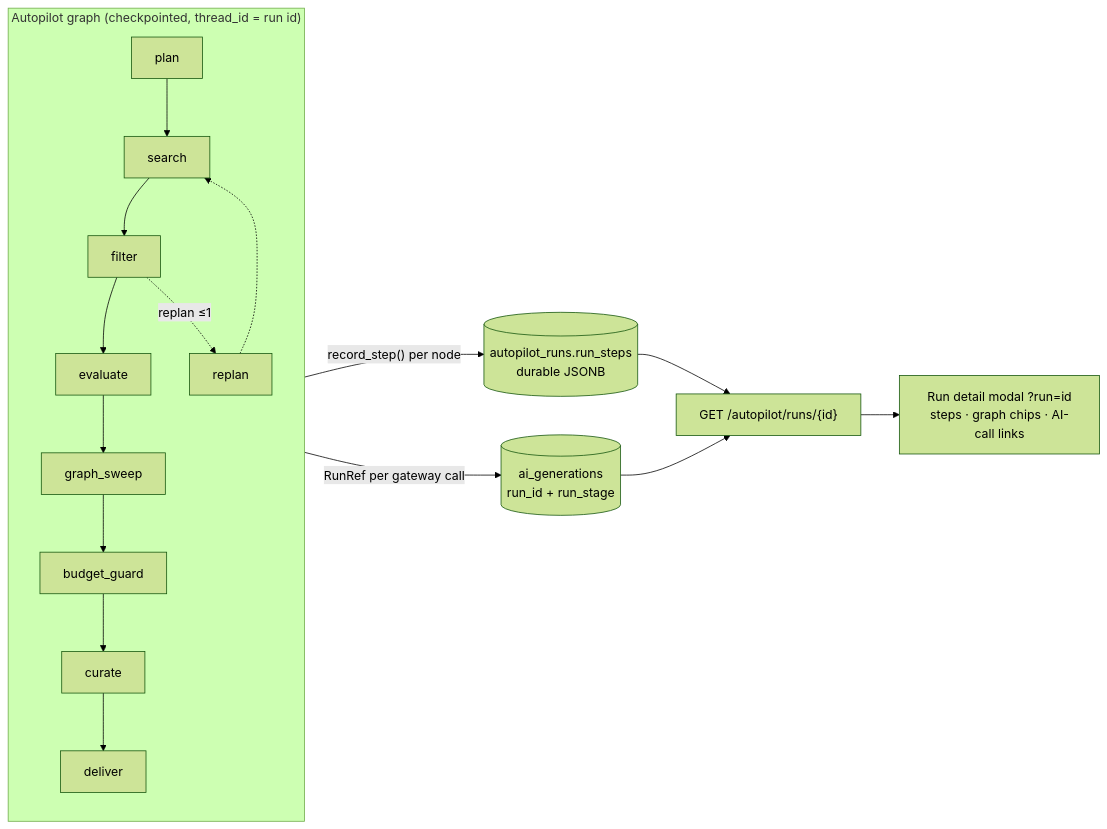
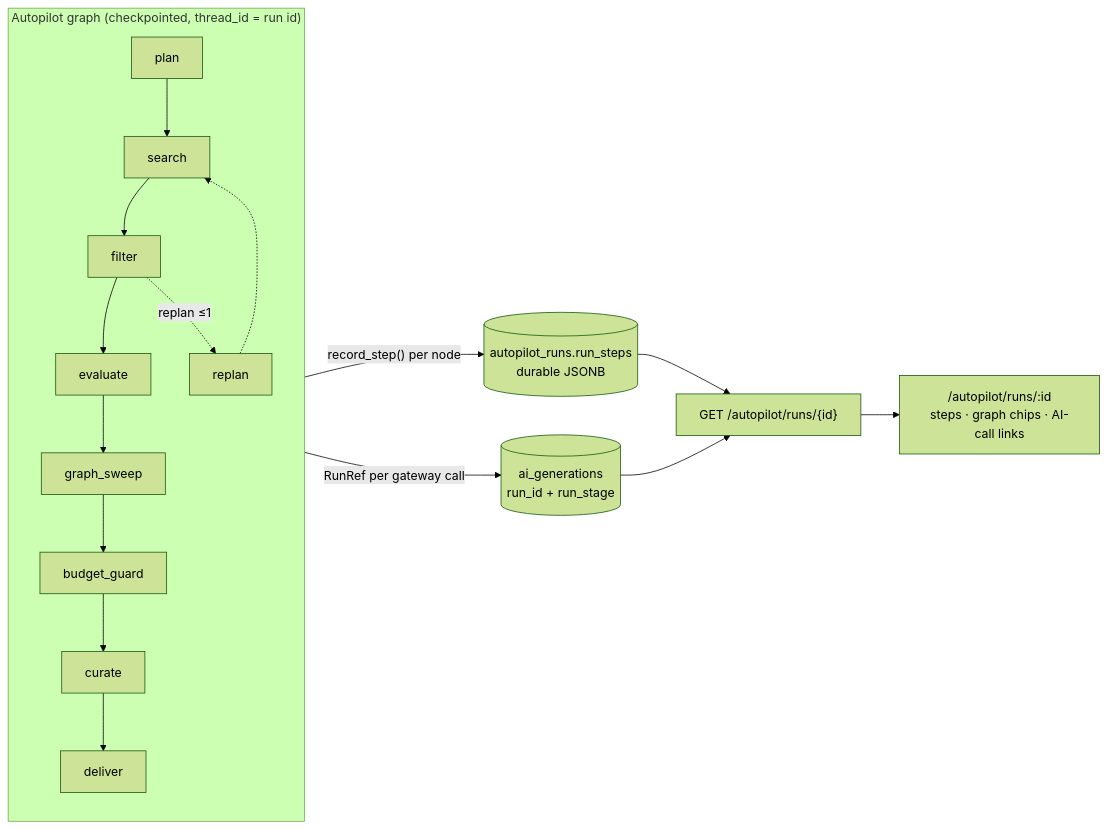
One commit to neuronection/career-assistant changed the fourth of 5 diagrams in docs/dev/ai-layer.md. Above: the diagram before and after it, drawn with Mermaid (forest theme). The commit also changed 15 other files, not shown here.

Commit message:
feat(autopilot): run page over the modal — /autopilot/runs/:runId with shared RunDetail, rail links and notification retarget (plan 175 S3)

````diff
--- a/docs/dev/ai-layer.md
+++ b/docs/dev/ai-layer.md
@@ -303,12 +303,12 @@
 ```mermaid
 flowchart LR
     subgraph Graph["Autopilot graph (checkpointed, thread_id = run id)"]
         P[plan] --> S[search] --> F[filter] --> E[evaluate] --> GS[graph_sweep] --> BG[budget_guard] --> C[curate] --> D[deliver]
         F -. replan ≤1 .-> RP[replan] -.-> S
     end
     Graph -- "record_step() per node" --> ST[("autopilot_runs.run_steps<br/>durable JSONB")]
     Graph -- "RunRef per gateway call" --> AG[("ai_generations<br/>run_id + run_stage")]
     ST --> RE["GET /autopilot/runs/{id}"]
     AG --> RE
-    RE --> UI["Run detail modal ?run=id<br/>steps · graph chips · AI-call links"]
+    RE --> UI["/autopilot/runs/:id<br/>steps · graph chips · AI-call links"]
 ```
````
